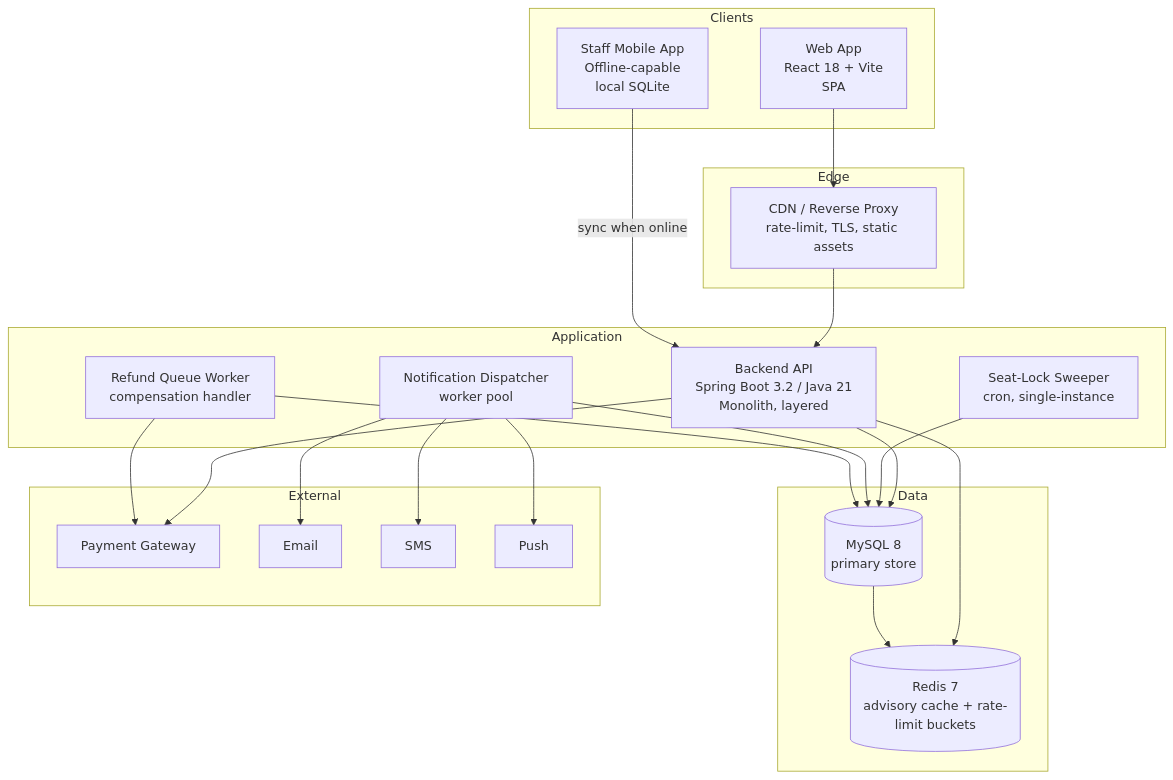
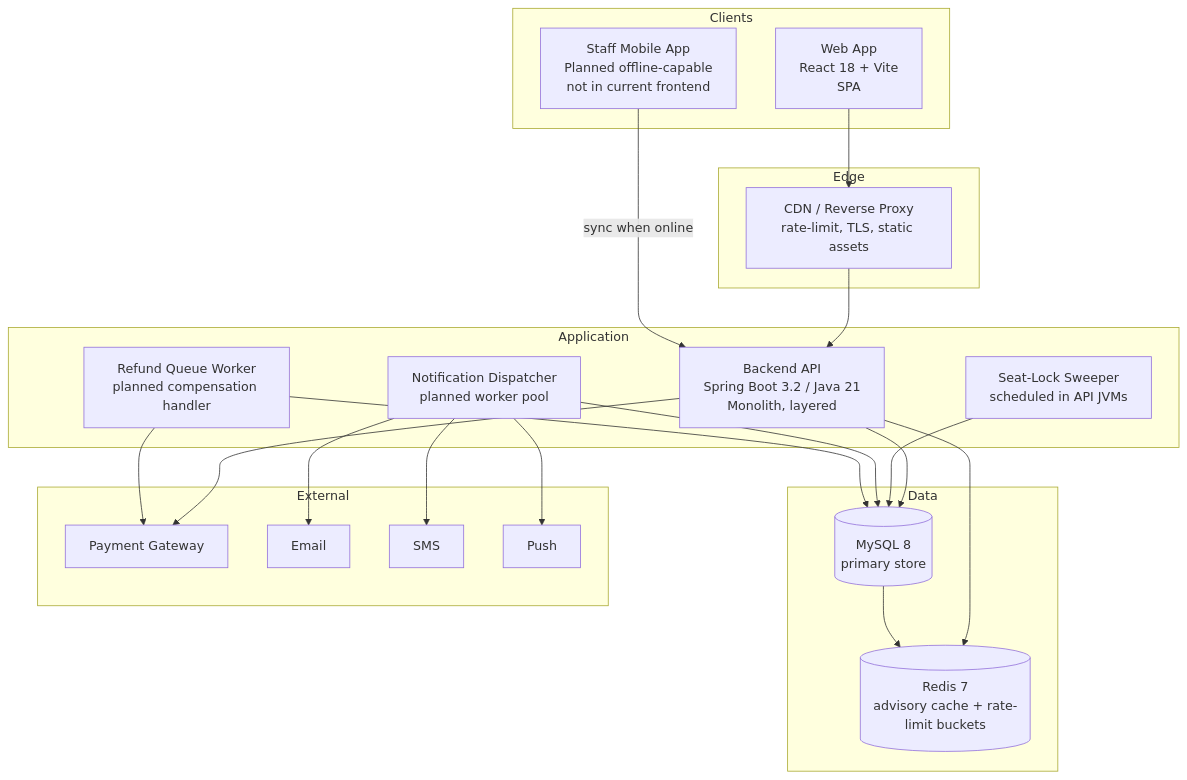
One commit to phuchoang2005/DeDe-Ticket changed the second of 4 diagrams in docs/architecture/system-architecture.md. Above: the diagram before and after it, drawn with Mermaid. The commit also changed other lines of this file and 25 other files, not shown here.

````diff
--- a/docs/architecture/system-architecture.md
+++ b/docs/architecture/system-architecture.md
@@ -48,41 +48,41 @@
 ```mermaid
 flowchart TB
     subgraph Edge
         CDN[CDN / Reverse Proxy<br/>rate-limit, TLS, static assets]
     end
 
     subgraph Clients
         Web[Web App<br/>React 18 + Vite<br/>SPA]
-        Mob[Staff Mobile App<br/>Offline-capable<br/>local SQLite]
+        Mob[Staff Mobile App<br/>Planned offline-capable<br/>not in current frontend]
     end
 
     subgraph Application
         API[Backend API<br/>Spring Boot 3.2 / Java 21<br/>Monolith, layered]
-        Sweep[Seat-Lock Sweeper<br/>cron, single-instance]
-        Notif[Notification Dispatcher<br/>worker pool]
-        Refund[Refund Queue Worker<br/>compensation handler]
+        Sweep[Seat-Lock Sweeper<br/>scheduled in API JVMs]
+        Notif[Notification Dispatcher<br/>planned worker pool]
+        Refund[Refund Queue Worker<br/>planned compensation handler]
     end
 
     subgraph Data
         MySQL[(MySQL 8<br/>primary store)]
         Redis[(Redis 7<br/>advisory cache + rate-limit buckets)]
     end
 
     subgraph External
         PG[Payment Gateway]
         SMTP[Email]
         SMS[SMS]
         FCM[Push]
     end
 
     Web --> CDN --> API
     Mob -->|sync when online| API
     API --> MySQL
     API --> Redis
     API --> PG
     Sweep --> MySQL --> Redis
     Notif --> MySQL
     Notif --> SMTP & SMS & FCM
     Refund --> PG
     Refund --> MySQL
 ```
````
